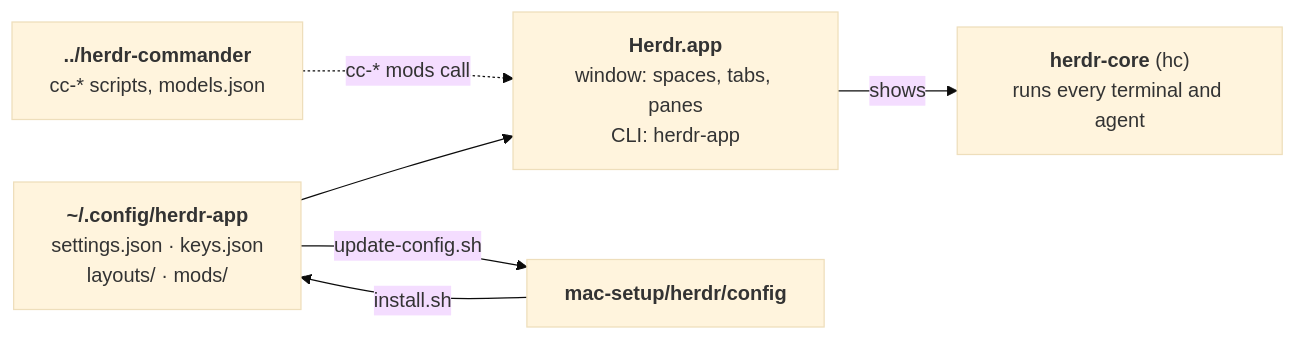
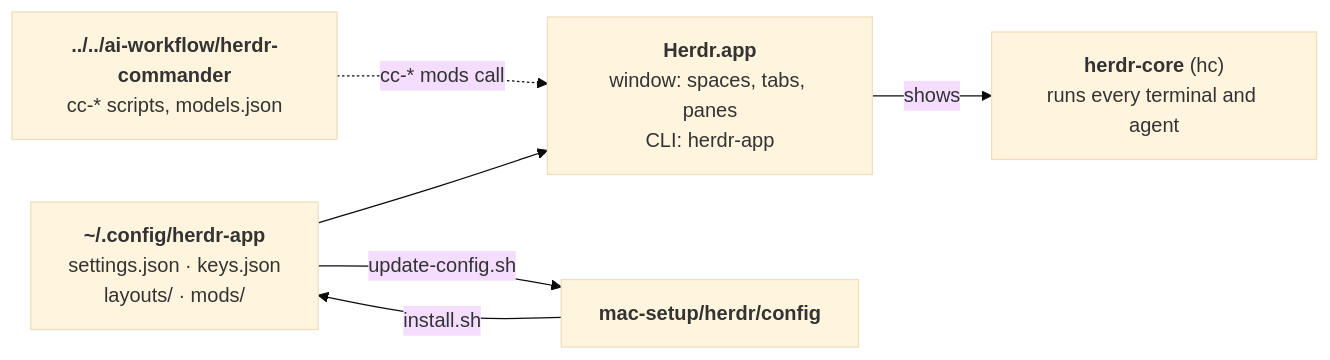
The diagram in mac-setup/herdr/README.md (XSnelliusX/tryout-lab), drawn with Mermaid (base theme) before and after one commit. The commit also changed other lines of this file and 126 other files, not shown here.

First line of the commit message:
ai-workflow: move the AI gateway, Herdr commander and prompt rewriter into ai-workflow/

````diff
--- a/mac-setup/herdr/README.md
+++ b/mac-setup/herdr/README.md
@@ -9,8 +9,8 @@
 ```mermaid
 flowchart LR
     APP["<b>Herdr.app</b><br/>window: spaces, tabs, panes<br/>CLI: herdr-app"] -->|shows| CORE["<b>herdr-core</b> (hc)<br/>runs every terminal and agent"]
     CFG["<b>~/.config/herdr-app</b><br/>settings.json · keys.json<br/>layouts/ · mods/"] --> APP
     REPO["<b>mac-setup/herdr/config</b>"] -->|install.sh| CFG
     CFG -->|update-config.sh| REPO
-    HC["<b>../herdr-commander</b><br/>cc-* scripts, models.json"] -.->|cc-* mods call| APP
+    HC["<b>../../ai-workflow/herdr-commander</b><br/>cc-* scripts, models.json"] -.->|cc-* mods call| APP
 ```
````
